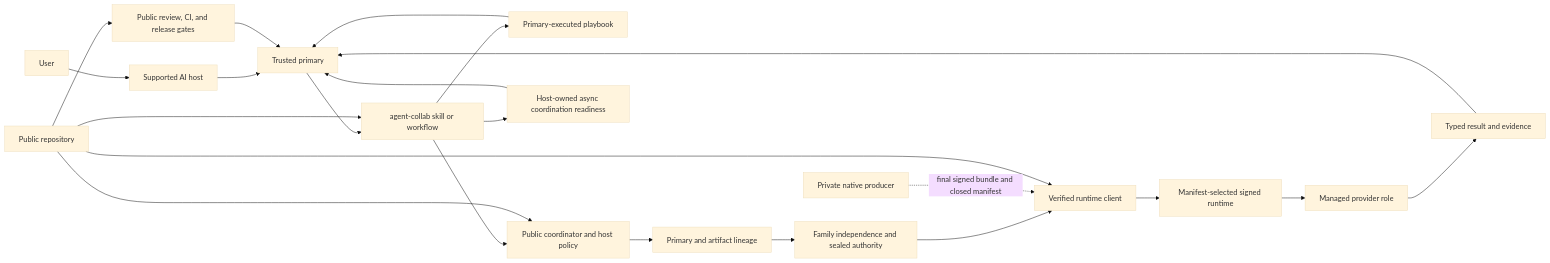
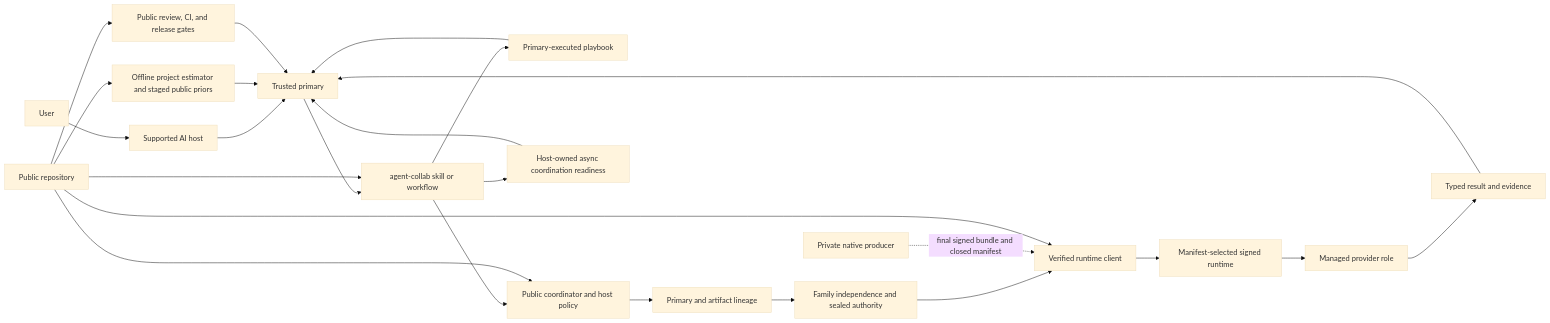
One commit to sumitake/agent-collab changed the diagram in docs/architecture/system-context.md. Above: the diagram before and after it, drawn with Mermaid (base theme). The commit also changed other lines of this file and 60 other files, not shown here.

````diff
--- a/docs/architecture/system-context.md
+++ b/docs/architecture/system-context.md
@@ -47,28 +49,30 @@
 ```mermaid
 flowchart LR
     User["User"] --> Host["Supported AI host"]
     Host --> Primary["Trusted primary"]
     Primary --> Skill["agent-collab skill or workflow"]
 
     Skill --> Local["Primary-executed playbook"]
     Skill --> Coord["Public coordinator and host policy"]
     Skill --> Async["Host-owned async coordination readiness"]
 
     Coord --> Identity["Primary and artifact lineage"]
     Identity --> Policy["Family independence and sealed authority"]
     Policy --> Client["Verified runtime client"]
     Client --> Runtime["Manifest-selected signed runtime"]
     Runtime --> Role["Managed provider role"]
     Role --> Result["Typed result and evidence"]
     Result --> Primary
 
     Local --> Primary
     Async --> Primary
 
     Producer["Private native producer"] -. "final signed bundle and closed manifest" .-> Client
     Repo["Public repository"] --> Skill
     Repo --> Coord
     Repo --> Client
     Repo --> Governance["Public review, CI, and release gates"]
+    Repo --> Estimate["Offline project estimator and staged public priors"]
+    Estimate --> Primary
     Governance --> Primary
 ```
````
